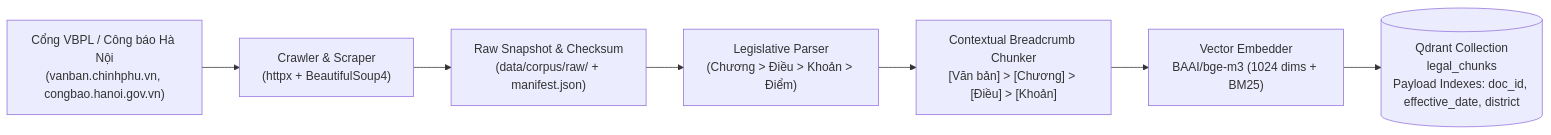
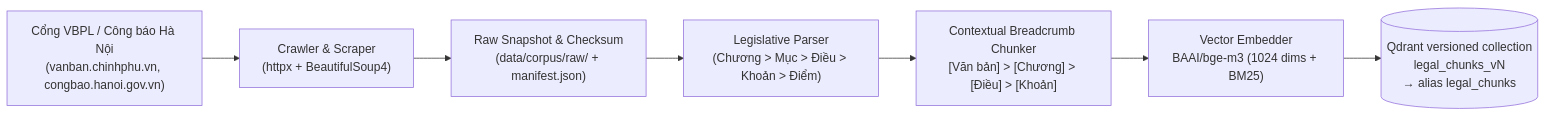
Before and after one commit to dovh25/agentic-rag-legal-qa-hanoi: the third of 3 diagrams in docs/architecture/README.md, drawn with Mermaid. The commit also changed other lines of this file and 18 other files, not shown here.

````diff
--- a/docs/architecture/README.md
+++ b/docs/architecture/README.md
@@ -112,9 +112,9 @@
 ```mermaid
 flowchart LR
     A["Cổng VBPL / Công báo Hà Nội\n(vanban.chinhphu.vn, congbao.hanoi.gov.vn)"] --> B["Crawler & Scraper\n(httpx + BeautifulSoup4)"]
     B --> C["Raw Snapshot & Checksum\n(data/corpus/raw/ + manifest.json)"]
-    C --> D["Legislative Parser\n(Chương > Điều > Khoản > Điểm)"]
+    C --> D["Legislative Parser\n(Chương > Mục > Điều > Khoản > Điểm)"]
     D --> E["Contextual Breadcrumb Chunker\n[Văn bản] > [Chương] > [Điều] > [Khoản]"]
     E --> F["Vector Embedder\nBAAI/bge-m3 (1024 dims + BM25)"]
-    F --> G[("Qdrant Collection\nlegal_chunks\nPayload Indexes: doc_id, effective_date, district")]
+    F --> G[("Qdrant versioned collection\nlegal_chunks_vN\n→ alias legal_chunks")]
 ```
````
